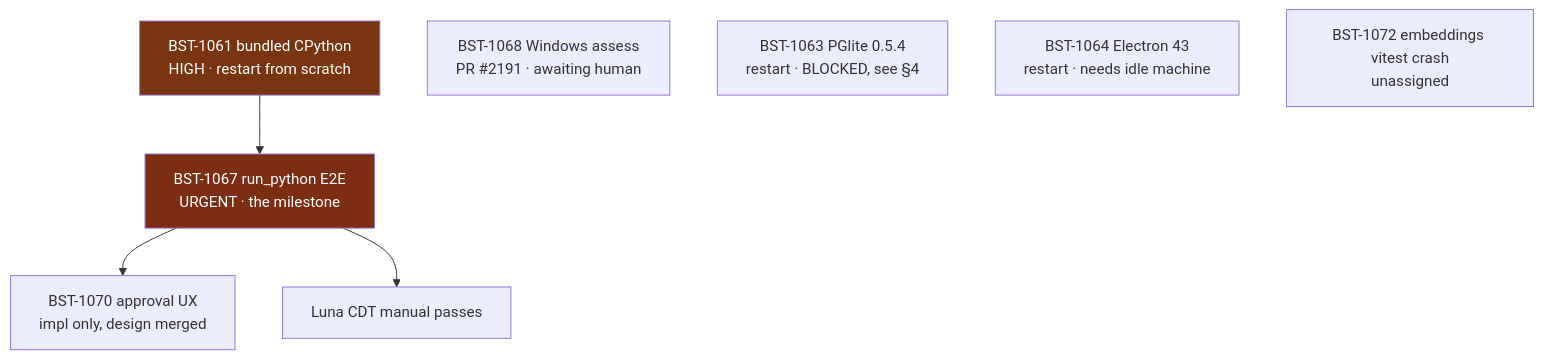
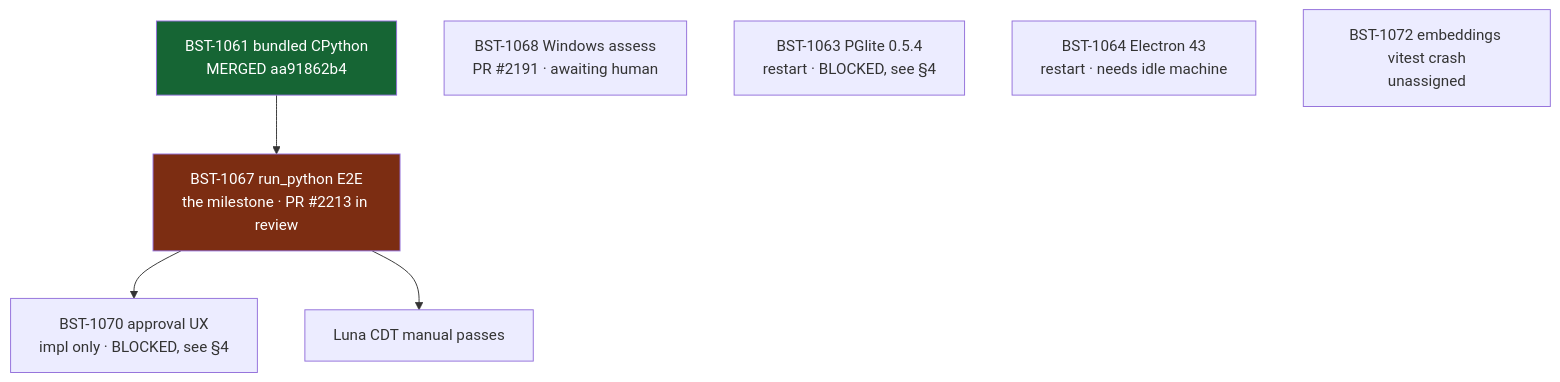
One commit to seandearnaley/brainstrike changed the diagram in docs/handoff-agent-code-sandboxing-2026-08-01.md. Above: the diagram before and after it, drawn with Mermaid. The commit also changed other lines of this file, not shown here.

First line of the commit message:
Correct BST-1061's state in the handoff (implementation landed) (#2211)

````diff
--- a/docs/handoff-agent-code-sandboxing-2026-08-01.md
+++ b/docs/handoff-agent-code-sandboxing-2026-08-01.md
@@ -59,13 +62,13 @@
 ```mermaid
 graph TD
-  A["BST-1061 bundled CPython<br/>HIGH · restart from scratch"] --> B
-  B["BST-1067 run_python E2E<br/>URGENT · the milestone"] --> C["BST-1070 approval UX<br/>impl only, design merged"]
+  A["BST-1061 bundled CPython<br/>MERGED aa91862b4"] --> B
+  B["BST-1067 run_python E2E<br/>the milestone · PR #2213 in review"] --> C["BST-1070 approval UX<br/>impl only · BLOCKED, see §4"]
   B --> D["Luna CDT manual passes"]
   E["BST-1068 Windows assess<br/>PR #2191 · awaiting human"]
   F["BST-1063 PGlite 0.5.4<br/>restart · BLOCKED, see §4"]
   G["BST-1064 Electron 43<br/>restart · needs idle machine"]
   H["BST-1072 embeddings vitest crash<br/>unassigned"]
 
   style B fill:#7c2d12,color:#fff
-  style A fill:#78350f,color:#fff
+  style A fill:#166534,color:#fff
 ```
````
